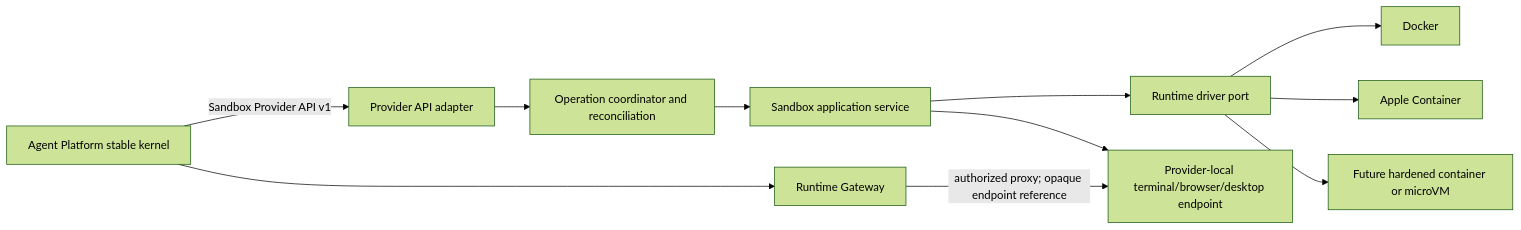
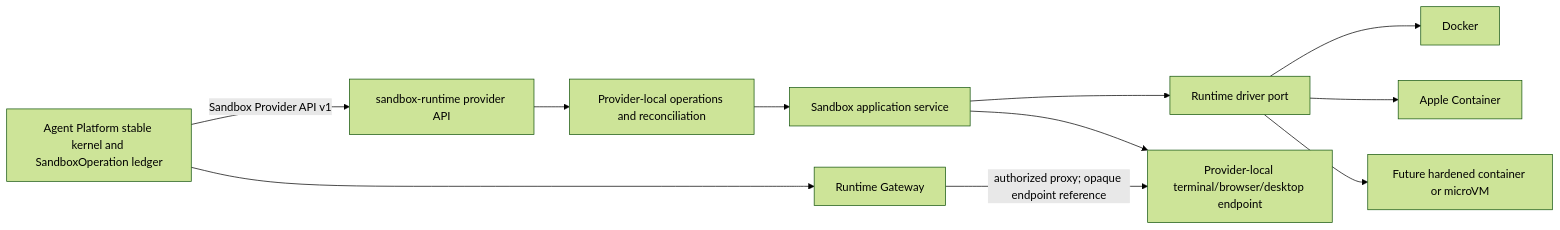
Before and after one commit to shell-echo/sandbox-runtime: the diagram in docs/architecture.md, drawn with Mermaid (forest theme). The commit also changed other lines of this file and 10 other files, not shown here.

Commit message:
feat: establish Agent Platform contract boundary

````diff
--- a/docs/architecture.md
+++ b/docs/architecture.md
@@ -46,13 +47,13 @@
 ```mermaid
 flowchart LR
-    AP["Agent Platform stable kernel"] -->|"Sandbox Provider API v1"| PA["Provider API adapter"]
+    AP["Agent Platform stable kernel and SandboxOperation ledger"] -->|"Sandbox Provider API v1"| PA["sandbox-runtime provider API"]
     AP --> RG["Runtime Gateway"]
-    PA --> OS["Operation coordinator and reconciliation"]
+    PA --> OS["Provider-local operations and reconciliation"]
     OS --> SS["Sandbox application service"]
     SS --> DR["Runtime driver port"]
     DR --> DO["Docker"]
     DR --> AC["Apple Container"]
     DR --> VM["Future hardened container or microVM"]
     RG -->|"authorized proxy; opaque endpoint reference"| EP["Provider-local terminal/browser/desktop endpoint"]
     SS --> EP
 ```
````
